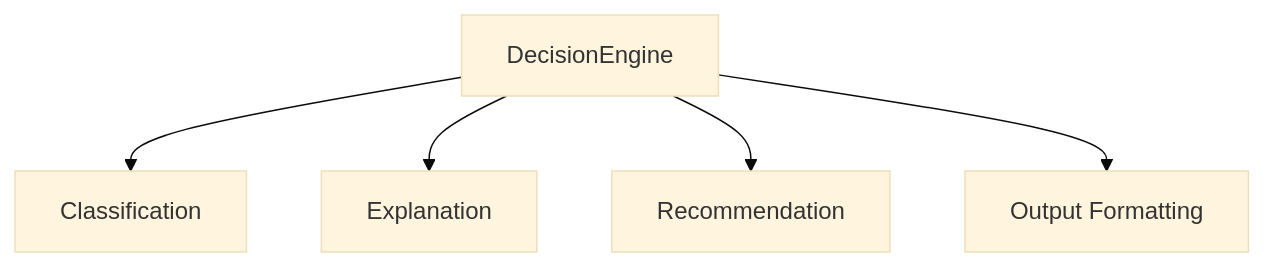
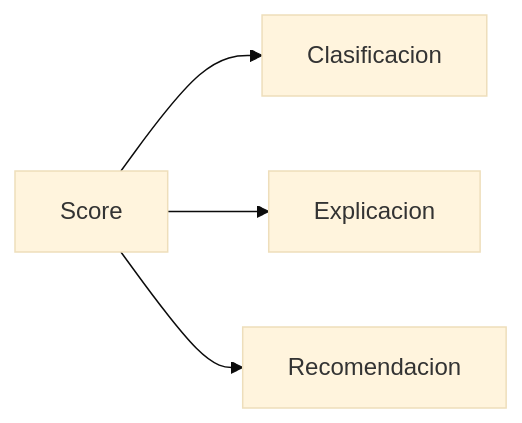
Before and after one commit to Romequinco/Sistema-De-Analisis-Financiero: the diagram in src/final/decision/decision.md, drawn with Mermaid (base theme). The commit also changed other lines of this file and 16 other files, not shown here.

````diff
--- a/src/final/decision/decision.md
+++ b/src/final/decision/decision.md
@@ -28,7 +23,6 @@
 ```mermaid
-flowchart TB
-    A[DecisionEngine] --> B[Classification]
-    A --> C[Explanation]
-    A --> D[Recommendation]
-    A --> E[Output Formatting]
+flowchart LR
+    A[Score] --> B[Clasificacion]
+    A --> C[Explicacion]
+    A --> D[Recomendacion]
 ```
````
